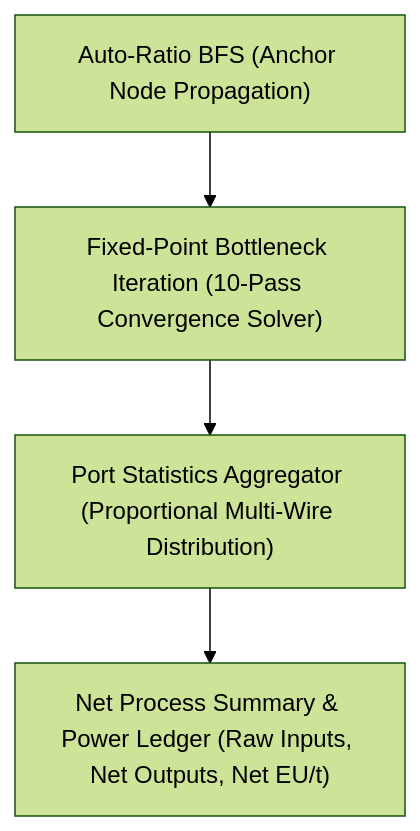
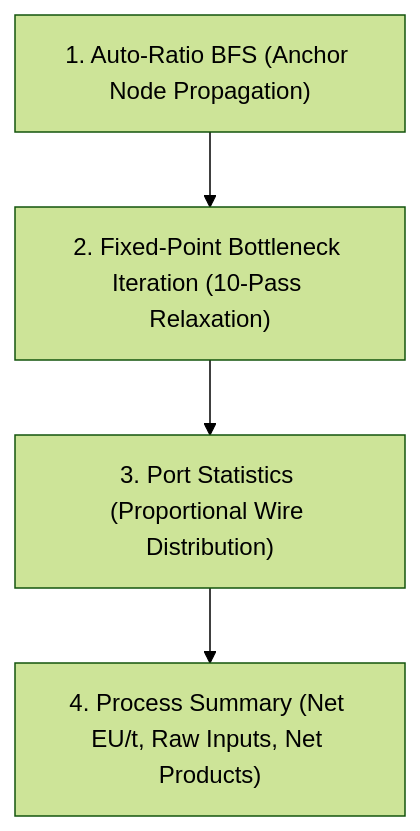
The third of 4 diagrams in docs/ARCHITECTURE.md (Amvermain/GregTechCalculatorBoard), drawn with Mermaid (forest theme) before and after one commit. The commit also changed other lines of this file and 11 other files, not shown here.

First line of the commit message:
feat: add tier chance boost, cycle-safe auto-ratio, port supply fix, and dev docs

````diff
--- a/docs/ARCHITECTURE.md
+++ b/docs/ARCHITECTURE.md
@@ -135,6 +121,6 @@
 ```mermaid
 flowchart TD
-    A["Auto-Ratio BFS (Anchor Node Propagation)"] --> B["Fixed-Point Bottleneck Iteration (10-Pass Convergence Solver)"]
-    B --> C["Port Statistics Aggregator (Proportional Multi-Wire Distribution)"]
-    C --> D["Net Process Summary & Power Ledger (Raw Inputs, Net Outputs, Net EU/t)"]
+    A["1. Auto-Ratio BFS (Anchor Node Propagation)"] --> B["2. Fixed-Point Bottleneck Iteration (10-Pass Relaxation)"]
+    B --> C["3. Port Statistics (Proportional Wire Distribution)"]
+    C --> D["4. Process Summary (Net EU/t, Raw Inputs, Net Products)"]
 ```
````
